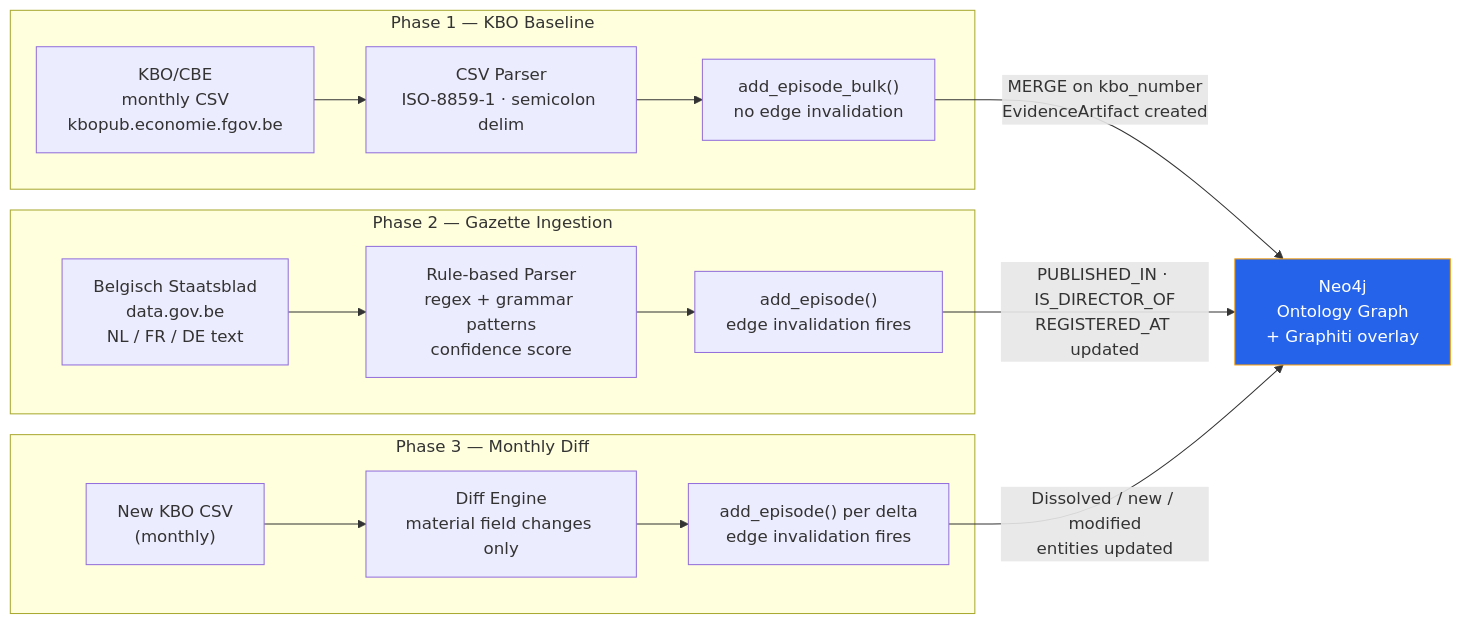
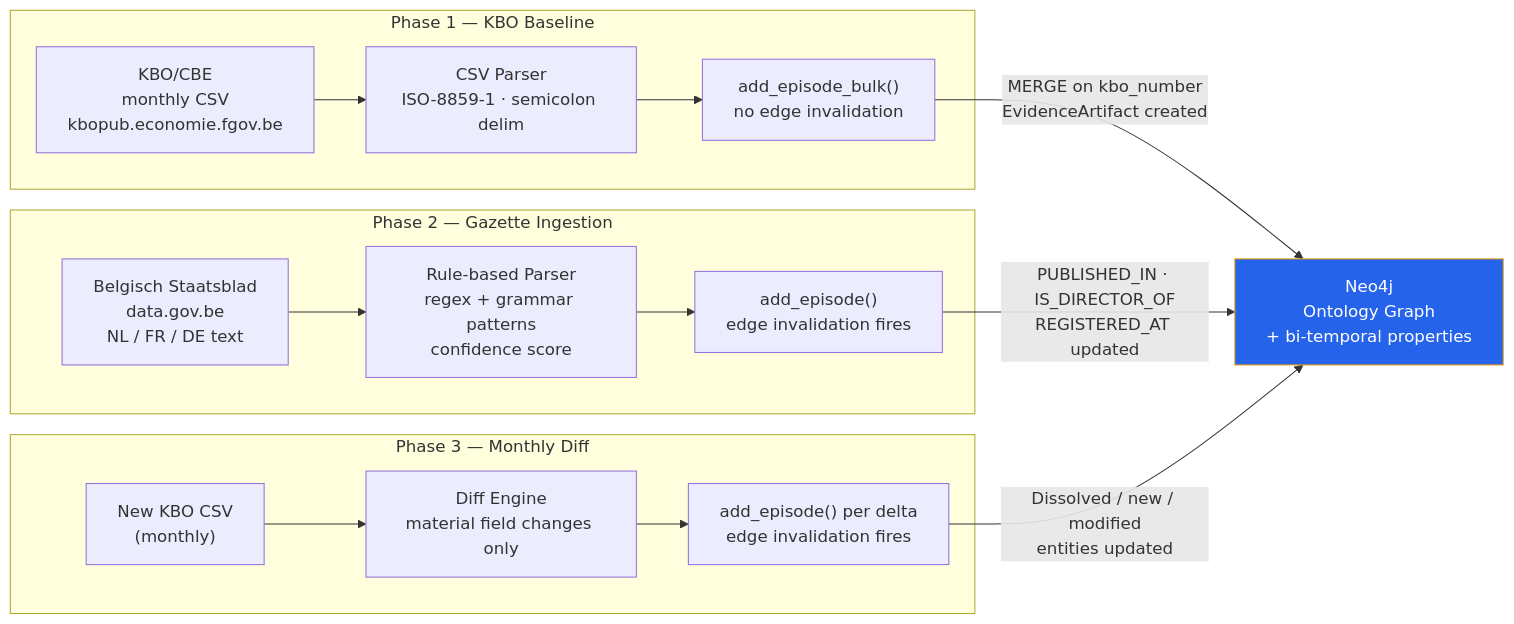
The fourth of 6 diagrams in docs/architecture/ontology-layer.md (Tsunami-max/trust-relay-docs), drawn with Mermaid before and after one commit. The commit also changed other lines of this file and 46 other files, not shown here.

First line of the commit message:
docs: complete documentation overhaul — trust lifecycle vision, pillar architecture, regulatory compliance

````diff
--- a/docs/architecture/ontology-layer.md
+++ b/docs/architecture/ontology-layer.md
@@ -324,29 +324,29 @@
 ```mermaid
 flowchart LR
     subgraph Phase1["Phase 1 — KBO Baseline"]
         KBO["KBO/CBE<br/>monthly CSV<br/>kbopub.economie.fgov.be"]
         PARSE1["CSV Parser<br/>ISO-8859-1 · semicolon delim"]
         BULK["add_episode_bulk()<br/>no edge invalidation"]
         KBO --> PARSE1 --> BULK
     end
 
     subgraph Phase2["Phase 2 — Gazette Ingestion"]
         GAZ["Belgisch Staatsblad<br/>data.gov.be<br/>NL / FR / DE text"]
         PARSE2["Rule-based Parser<br/>regex + grammar patterns<br/>confidence score"]
         EP["add_episode()<br/>edge invalidation fires"]
         GAZ --> PARSE2 --> EP
     end
 
     subgraph Phase3["Phase 3 — Monthly Diff"]
         NEW["New KBO CSV<br/>(monthly)"]
         DIFF["Diff Engine<br/>material field changes only"]
         EP2["add_episode() per delta<br/>edge invalidation fires"]
         NEW --> DIFF --> EP2
     end
 
-    BULK -->|"MERGE on kbo_number<br/>EvidenceArtifact created"| NEO["Neo4j<br/>Ontology Graph<br/>+ Graphiti overlay"]
+    BULK -->|"MERGE on kbo_number<br/>EvidenceArtifact created"| NEO["Neo4j<br/>Ontology Graph<br/>+ bi-temporal properties"]
     EP -->|"PUBLISHED_IN · IS_DIRECTOR_OF<br/>REGISTERED_AT updated"| NEO
     EP2 -->|"Dissolved / new / modified<br/>entities updated"| NEO
 
     style NEO fill:#2563eb,stroke:#f59e0b,color:#fff
 ```
````
